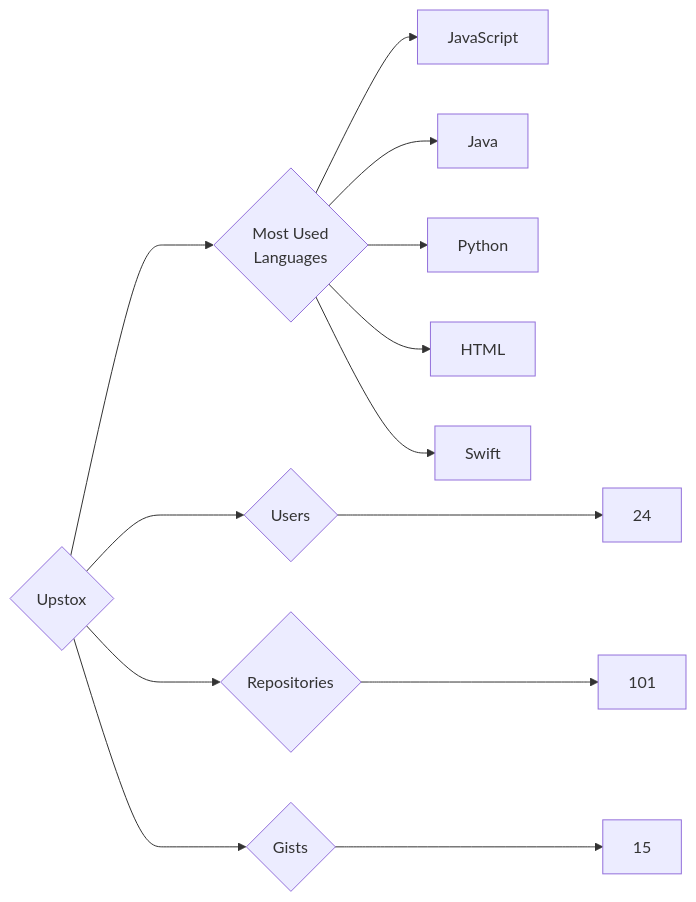
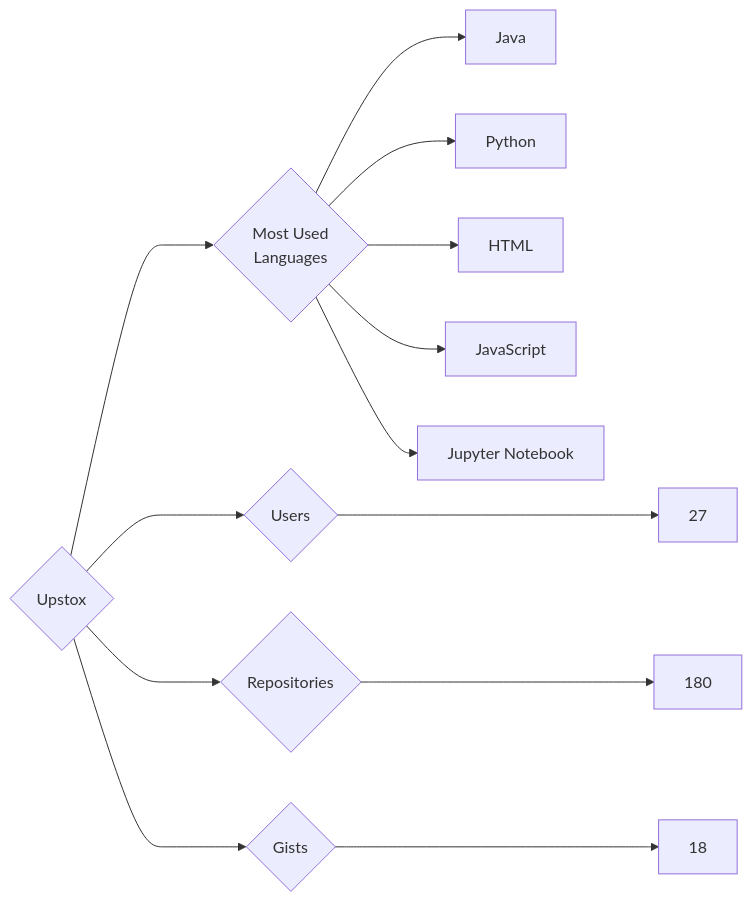
Before and after one commit to trickest/insiders: the diagram in targets/Upstox/README.md, drawn with Mermaid. The commit also changed 871 other files, not shown here.

````diff
--- a/targets/Upstox/README.md
+++ b/targets/Upstox/README.md
@@ -3,13 +3,13 @@
 ```mermaid
 graph LR
 COMPANY_NAME{Upstox}
-COMPANY_NAME ---> U{Users} ---> UN[24]
-COMPANY_NAME ---> R{Repositories} ---> RN[101]
-COMPANY_NAME ---> G{Gists} ---> GN[15]
+COMPANY_NAME ---> U{Users} ---> UN[27]
+COMPANY_NAME ---> R{Repositories} ---> RN[180]
+COMPANY_NAME ---> G{Gists} ---> GN[18]
 COMPANY_NAME ---> ML{Most Used<br>Languages}
-ML --> JavaScript[JavaScript]
 ML --> Java[Java]
 ML --> Python[Python]
 ML --> HTML[HTML]
-ML --> Swift[Swift]
+ML --> JavaScript[JavaScript]
+ML --> Jupyter_Notebook[Jupyter Notebook]
 ```
````
